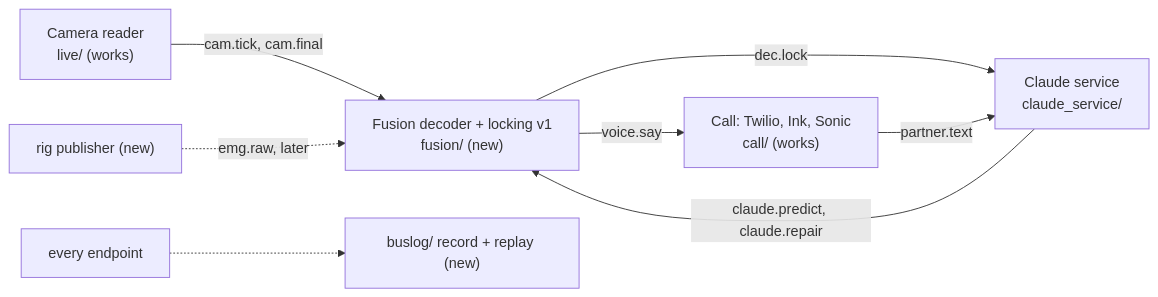
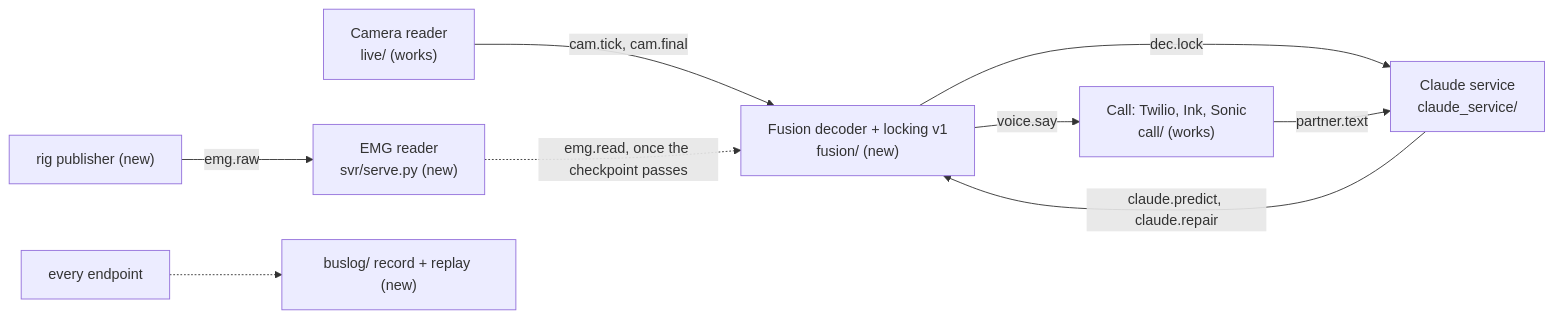
The diagram in docs/BUILD_PLAN.md (thaimtl/Reclaim), drawn with Mermaid before and after one commit. The commit also changed other lines of this file and 19 other files, not shown here.

````diff
--- a/docs/BUILD_PLAN.md
+++ b/docs/BUILD_PLAN.md
@@ -13,10 +14,11 @@
 ```mermaid
 flowchart LR
     cam["Camera reader<br/>live/ (works)"] -- "cam.tick, cam.final" --> dec["Fusion decoder + locking v1<br/>fusion/ (new)"]
     claude["Claude service<br/>claude_service/"] -- "claude.predict, claude.repair" --> dec
     dec -- "dec.lock" --> claude
     phone["Call: Twilio, Ink, Sonic<br/>call/ (works)"] -- "partner.text" --> claude
     dec -- "voice.say" --> phone
-    rig["rig publisher (new)"] -. "emg.raw, later" .-> dec
+    rig["rig publisher (new)"] -- "emg.raw" --> svr["EMG reader<br/>svr/serve.py (new)"]
+    svr -. "emg.read, once the checkpoint passes" .-> dec
     endpoints["every endpoint"] -.-> logger["buslog/ record + replay (new)"]
 ```
````
